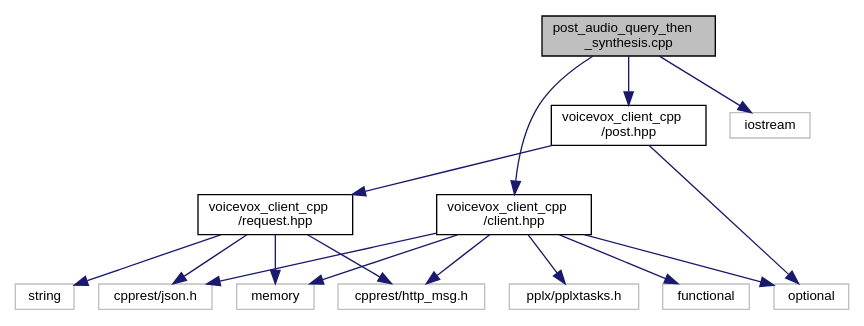
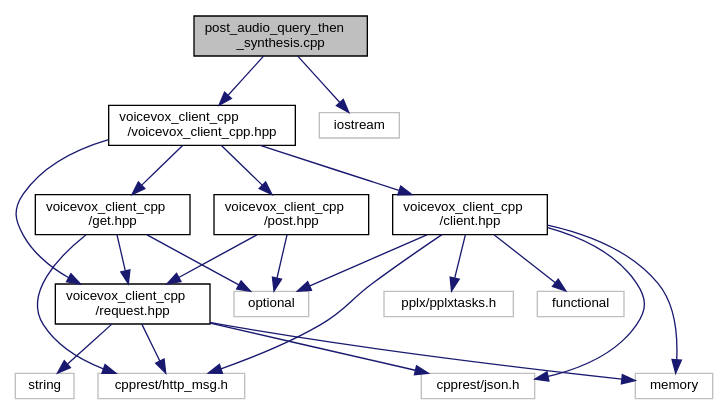
Before and after one commit to fugashy/voicevox_client_cpp: the diagram in post__audio__query__then__synthesis_8cpp__incl.dot, drawn with Graphviz. The commit also changed 49 other files, not shown here.

```diff
--- a/post__audio__query__then__synthesis_8cpp__incl.dot
+++ b/post__audio__query__then__synthesis_8cpp__incl.dot
@@ -1,33 +1,41 @@
 digraph "post_audio_query_then_synthesis.cpp"
 {
  // LATEX_PDF_SIZE
   edge [fontname="Helvetica",fontsize="10",labelfontname="Helvetica",labelfontsize="10"];
   node [fontname="Helvetica",fontsize="10",shape=record];
   Node1 [label="post_audio_query_then\l_synthesis.cpp",height=0.2,width=0.4,color="black", fillcolor="grey75", style="filled", fontcolor="black",tooltip=" "];
   Node1 -> Node2 [color="midnightblue",fontsize="10",style="solid",fontname="Helvetica"];
-  Node2 [label="voicevox_client_cpp\l/client.hpp",height=0.2,width=0.4,color="black", fillcolor="white", style="filled",URL="$client_8hpp.html",tooltip=" "];
+  Node2 [label="voicevox_client_cpp\l/voicevox_client_cpp.hpp",height=0.2,width=0.4,color="black", fillcolor="white", style="filled",URL="$voicevox__client__cpp_8hpp.html",tooltip=" "];
   Node2 -> Node3 [color="midnightblue",fontsize="10",style="solid",fontname="Helvetica"];
-  Node3 [label="functional",height=0.2,width=0.4,color="grey75", fillcolor="white", style="filled",tooltip=" "];
-  Node2 -> Node4 [color="midnightblue",fontsize="10",style="solid",fontname="Helvetica"];
-  Node4 [label="memory",height=0.2,width=0.4,color="grey75", fillcolor="white", style="filled",tooltip=" "];
-  Node2 -> Node5 [color="midnightblue",fontsize="10",style="solid",fontname="Helvetica"];
-  Node5 [label="optional",height=0.2,width=0.4,color="grey75", fillcolor="white", style="filled",tooltip=" "];
-  Node2 -> Node6 [color="midnightblue",fontsize="10",style="solid",fontname="Helvetica"];
-  Node6 [label="pplx/pplxtasks.h",height=0.2,width=0.4,color="grey75", fillcolor="white", style="filled",tooltip=" "];
-  Node2 -> Node7 [color="midnightblue",fontsize="10",style="solid",fontname="Helvetica"];
-  Node7 [label="cpprest/http_msg.h",height=0.2,width=0.4,color="grey75", fillcolor="white", style="filled",tooltip=" "];
-  Node2 -> Node8 [color="midnightblue",fontsize="10",style="solid",fontname="Helvetica"];
-  Node8 [label="cpprest/json.h",height=0.2,width=0.4,color="grey75", fillcolor="white", style="filled",tooltip=" "];
-  Node1 -> Node9 [color="midnightblue",fontsize="10",style="solid",fontname="Helvetica"];
-  Node9 [label="voicevox_client_cpp\l/post.hpp",height=0.2,width=0.4,color="black", fillcolor="white", style="filled",URL="$post_8hpp.html",tooltip=" "];
-  Node9 -> Node5 [color="midnightblue",fontsize="10",style="solid",fontname="Helvetica"];
-  Node9 -> Node10 [color="midnightblue",fontsize="10",style="solid",fontname="Helvetica"];
-  Node10 [label="voicevox_client_cpp\l/request.hpp",height=0.2,width=0.4,color="black", fillcolor="white", style="filled",URL="$request_8hpp.html",tooltip=" "];
+  Node3 [label="voicevox_client_cpp\l/client.hpp",height=0.2,width=0.4,color="black", fillcolor="white", style="filled",URL="$client_8hpp.html",tooltip=" "];
+  Node3 -> Node4 [color="midnightblue",fontsize="10",style="solid",fontname="Helvetica"];
+  Node4 [label="functional",height=0.2,width=0.4,color="grey75", fillcolor="white", style="filled",tooltip=" "];
+  Node3 -> Node5 [color="midnightblue",fontsize="10",style="solid",fontname="Helvetica"];
+  Node5 [label="memory",height=0.2,width=0.4,color="grey75", fillcolor="white", style="filled",tooltip=" "];
+  Node3 -> Node6 [color="midnightblue",fontsize="10",style="solid",fontname="Helvetica"];
+  Node6 [label="optional",height=0.2,width=0.4,color="grey75", fillcolor="white", style="filled",tooltip=" "];
+  Node3 -> Node7 [color="midnightblue",fontsize="10",style="solid",fontname="Helvetica"];
+  Node7 [label="pplx/pplxtasks.h",height=0.2,width=0.4,color="grey75", fillcolor="white", style="filled",tooltip=" "];
+  Node3 -> Node8 [color="midnightblue",fontsize="10",style="solid",fontname="Helvetica"];
+  Node8 [label="cpprest/http_msg.h",height=0.2,width=0.4,color="grey75", fillcolor="white", style="filled",tooltip=" "];
+  Node3 -> Node9 [color="midnightblue",fontsize="10",style="solid",fontname="Helvetica"];
+  Node9 [label="cpprest/json.h",height=0.2,width=0.4,color="grey75", fillcolor="white", style="filled",tooltip=" "];
+  Node2 -> Node10 [color="midnightblue",fontsize="10",style="solid",fontname="Helvetica"];
+  Node10 [label="voicevox_client_cpp\l/get.hpp",height=0.2,width=0.4,color="black", fillcolor="white", style="filled",URL="$get_8hpp.html",tooltip=" "];
+  Node10 -> Node6 [color="midnightblue",fontsize="10",style="solid",fontname="Helvetica"];
+  Node10 -> Node8 [color="midnightblue",fontsize="10",style="solid",fontname="Helvetica"];
   Node10 -> Node11 [color="midnightblue",fontsize="10",style="solid",fontname="Helvetica"];
-  Node11 [label="string",height=0.2,width=0.4,color="grey75", fillcolor="white", style="filled",tooltip=" "];
-  Node10 -> Node4 [color="midnightblue",fontsize="10",style="solid",fontname="Helvetica"];
-  Node10 -> Node7 [color="midnightblue",fontsize="10",style="solid",fontname="Helvetica"];
-  Node10 -> Node8 [color="midnightblue",fontsize="10",style="solid",fontname="Helvetica"];
-  Node1 -> Node12 [color="midnightblue",fontsize="10",style="solid",fontname="Helvetica"];
-  Node12 [label="iostream",height=0.2,width=0.4,color="grey75", fillcolor="white", style="filled",tooltip=" "];
+  Node11 [label="voicevox_client_cpp\l/request.hpp",height=0.2,width=0.4,color="black", fillcolor="white", style="filled",URL="$request_8hpp.html",tooltip=" "];
+  Node11 -> Node12 [color="midnightblue",fontsize="10",style="solid",fontname="Helvetica"];
+  Node12 [label="string",height=0.2,width=0.4,color="grey75", fillcolor="white", style="filled",tooltip=" "];
+  Node11 -> Node5 [color="midnightblue",fontsize="10",style="solid",fontname="Helvetica"];
+  Node11 -> Node8 [color="midnightblue",fontsize="10",style="solid",fontname="Helvetica"];
+  Node11 -> Node9 [color="midnightblue",fontsize="10",style="solid",fontname="Helvetica"];
+  Node2 -> Node11 [color="midnightblue",fontsize="10",style="solid",fontname="Helvetica"];
+  Node2 -> Node13 [color="midnightblue",fontsize="10",style="solid",fontname="Helvetica"];
+  Node13 [label="voicevox_client_cpp\l/post.hpp",height=0.2,width=0.4,color="black", fillcolor="white", style="filled",URL="$post_8hpp.html",tooltip=" "];
+  Node13 -> Node6 [color="midnightblue",fontsize="10",style="solid",fontname="Helvetica"];
+  Node13 -> Node11 [color="midnightblue",fontsize="10",style="solid",fontname="Helvetica"];
+  Node1 -> Node14 [color="midnightblue",fontsize="10",style="solid",fontname="Helvetica"];
+  Node14 [label="iostream",height=0.2,width=0.4,color="grey75", fillcolor="white", style="filled",tooltip=" "];
 }
```
